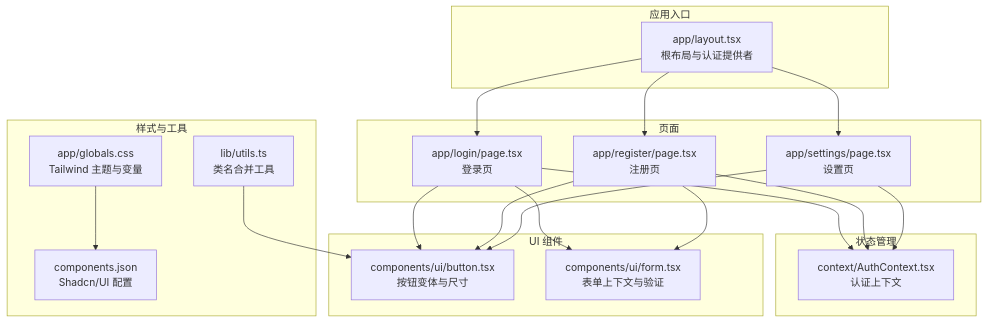
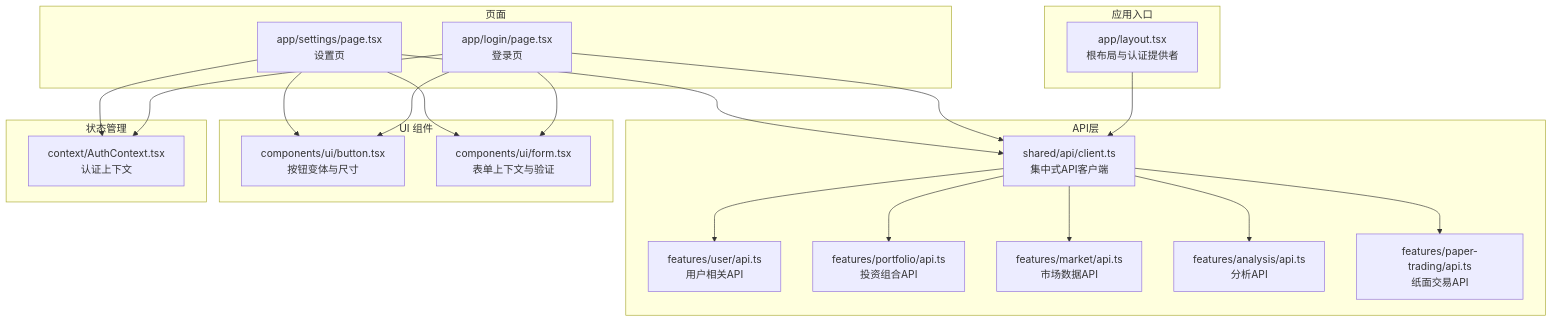
One commit to breeze-lyf/ai-stock-advisor changed the first of 7 diagrams in .qoder/repowiki/zh/content/前端开发指南/前端开发指南.md. Above: the diagram before and after it, drawn with Mermaid. The commit also changed other lines of this file and 52 other files, not shown here.

Commit message:
Remove Alpha Vantage provider, enhance Akshare with retry and forced proxy for reliable market data, and introduce user notification settings with corresponding database migrations and frontend updates.

````diff
--- a/.qoder/repowiki/zh/content/前端开发指南/前端开发指南.md
+++ b/.qoder/repowiki/zh/content/前端开发指南/前端开发指南.md
@@ -50,36 +54,39 @@
 ```mermaid
 graph TB
 subgraph "应用入口"
 L["app/layout.tsx<br/>根布局与认证提供者"]
 end
+subgraph "API层"
+AC["shared/api/client.ts<br/>集中式API客户端"]
+UA["features/user/api.ts<br/>用户相关API"]
+PA["features/portfolio/api.ts<br/>投资组合API"]
+MA["features/market/api.ts<br/>市场数据API"]
+AA["features/analysis/api.ts<br/>分析API"]
+PTA["features/paper-trading/api.ts<br/>纸面交易API"]
+end
 subgraph "页面"
 P1["app/login/page.tsx<br/>登录页"]
-P2["app/register/page.tsx<br/>注册页"]
-P3["app/settings/page.tsx<br/>设置页"]
+P2["app/settings/page.tsx<br/>设置页"]
 end
 subgraph "UI 组件"
 U1["components/ui/button.tsx<br/>按钮变体与尺寸"]
 U2["components/ui/form.tsx<br/>表单上下文与验证"]
 end
 subgraph "状态管理"
 C1["context/AuthContext.tsx<br/>认证上下文"]
 end
-subgraph "样式与工具"
-S1["app/globals.css<br/>Tailwind 主题与变量"]
-T1["lib/utils.ts<br/>类名合并工具"]
-J1["components.json<br/>Shadcn/UI 配置"]
-end
-L --> P1
-L --> P2
-L --> P3
+L --> AC
+AC --> UA
+AC --> PA
+AC --> MA
+AC --> AA
+AC --> PTA
+P1 --> AC
+P2 --> AC
 P1 --> C1
 P2 --> C1
-P3 --> C1
 P1 --> U1
 P1 --> U2
 P2 --> U1
 P2 --> U2
-P3 --> U1
-S1 --> J1
-T1 --> U1
 ```
````
